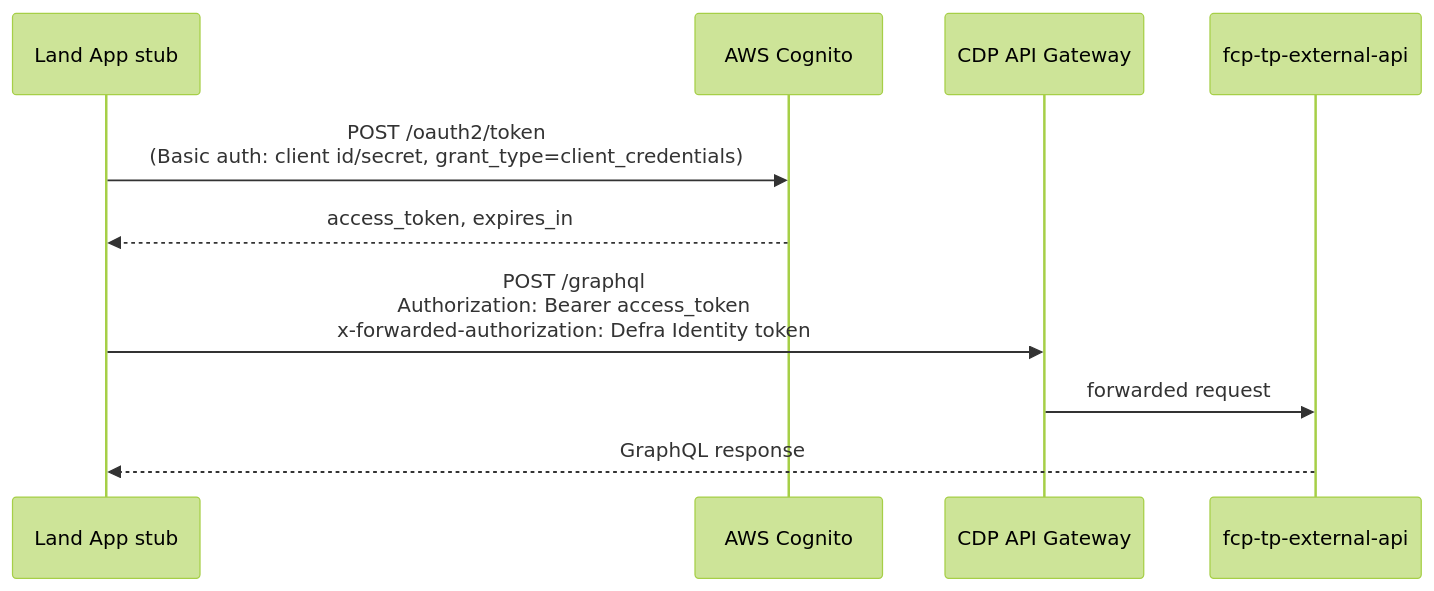
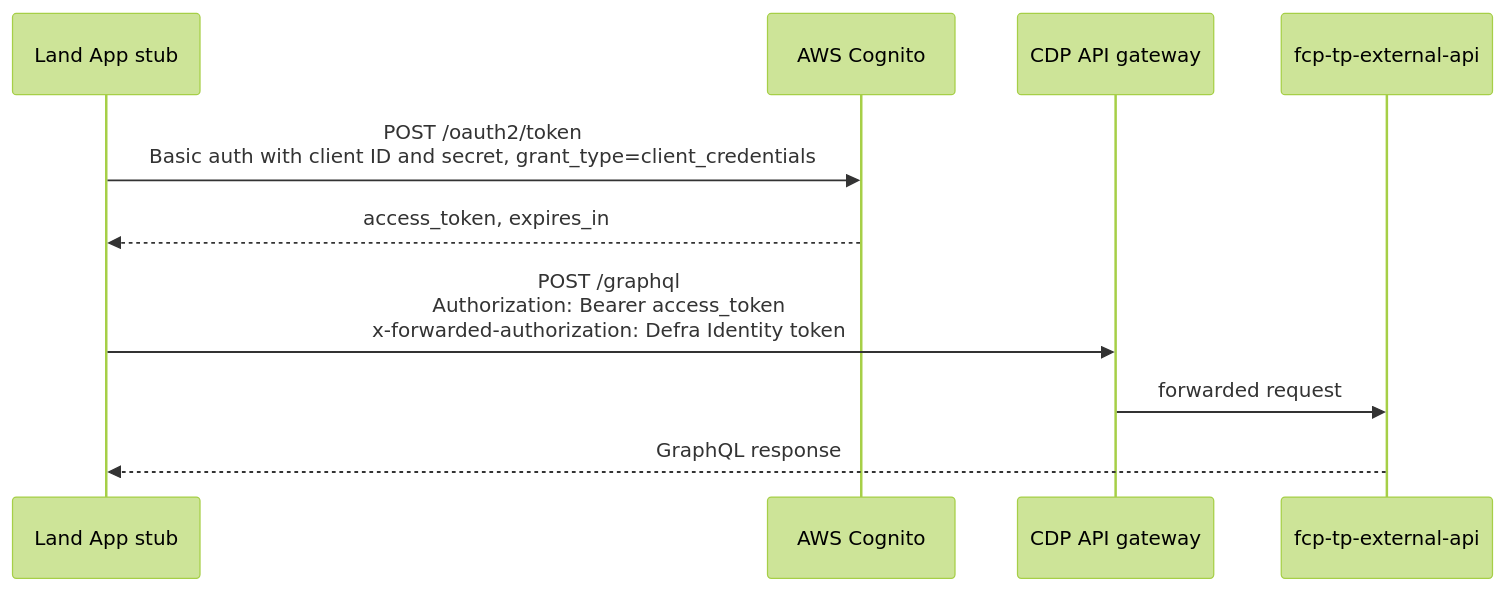
Before and after one commit to DEFRA/fcp-land-app-stub: the sixth of 8 diagrams in README.md, drawn with Mermaid (forest theme). The commit also changed other lines of this file and 31 other files, not shown here.

````diff
--- a/README.md
+++ b/README.md
@@ -372,13 +573,13 @@
 ```mermaid
 sequenceDiagram
     participant A as Land App stub
     participant C as AWS Cognito
-    participant G as CDP API Gateway
+    participant G as CDP API gateway
     participant E as fcp-tp-external-api
 
-    A->>C: POST /oauth2/token<br/>(Basic auth: client id/secret, grant_type=client_credentials)
+    A->>C: POST /oauth2/token<br/>Basic auth with client ID and secret, grant_type=client_credentials
     C-->>A: access_token, expires_in
     A->>G: POST /graphql<br/>Authorization: Bearer access_token<br/>x-forwarded-authorization: Defra Identity token
     G->>E: forwarded request
     E-->>A: GraphQL response
 ```
````
